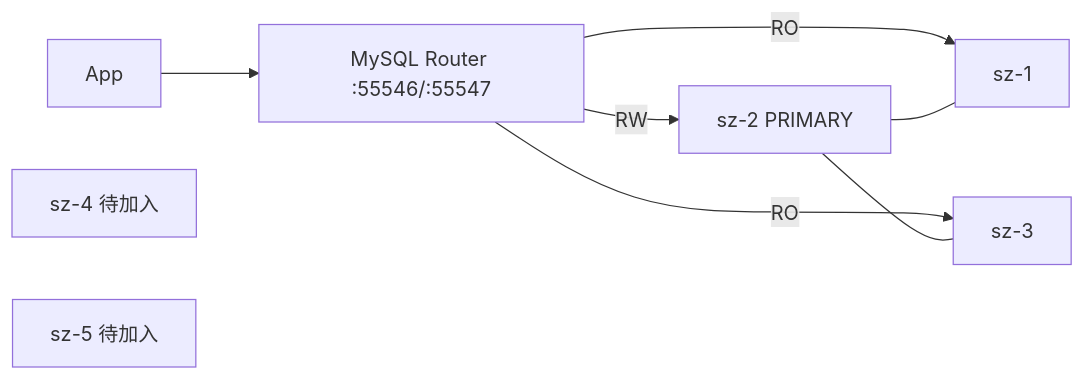
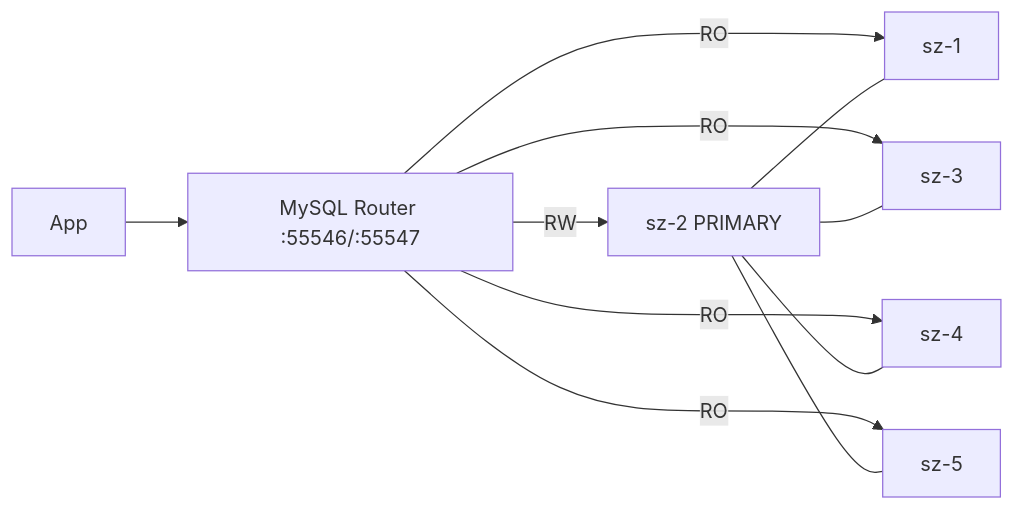
The diagram in software/mysql/mysql-prod-cluster/README.md (blankhang/docker), drawn with Mermaid before and after one commit. The commit also changed other lines of this file and 5 other files, not shown here.

````diff
--- a/software/mysql/mysql-prod-cluster/README.md
+++ b/software/mysql/mysql-prod-cluster/README.md
@@ -28,11 +28,13 @@
 ```mermaid
 flowchart LR
   App --> Router["MySQL Router :55546/:55547"]
   Router -->|RW| P[sz-2 PRIMARY]
   Router -->|RO| S1[sz-1]
   Router -->|RO| S3[sz-3]
+  Router -->|RO| S4[sz-4]
+  Router -->|RO| S5[sz-5]
   P --- S1
   P --- S3
-  S4[sz-4 待加入]
-  S5[sz-5 待加入]
+  P --- S4
+  P --- S5
 ```
````
